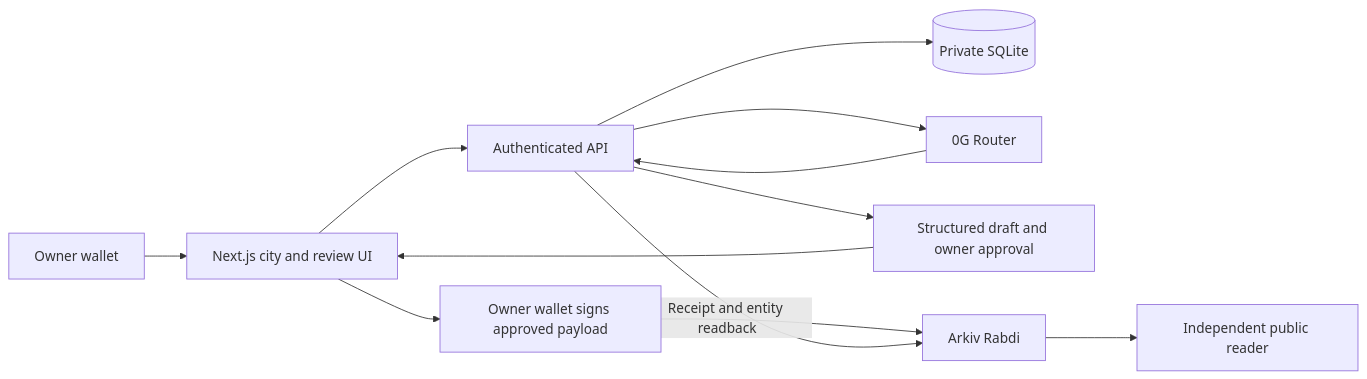
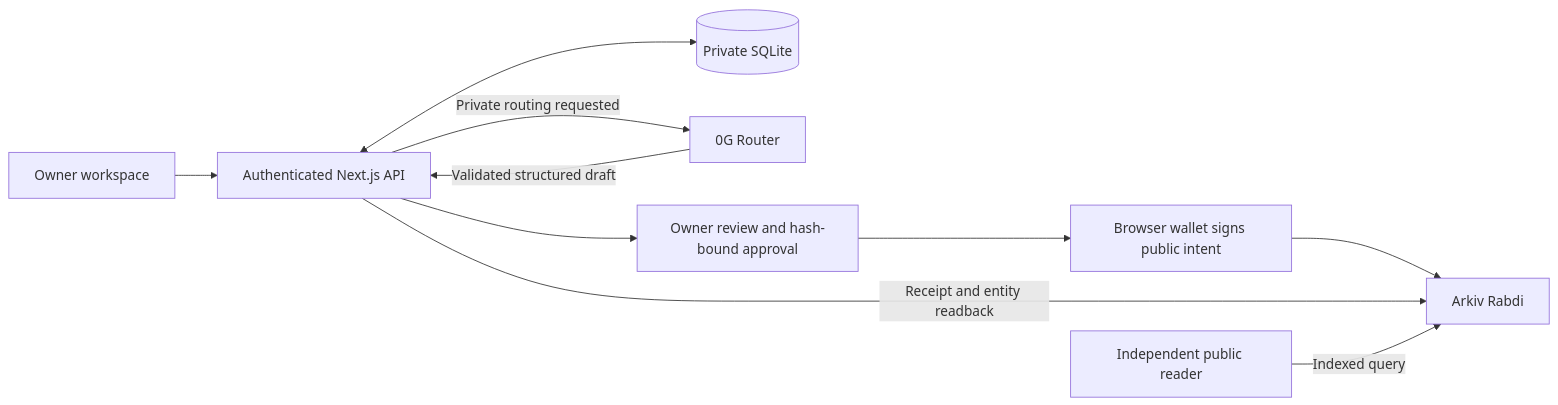
Before and after one commit to 0xsan7/Eth-global-26-: the diagram in README.md, drawn with Mermaid. The commit also changed other lines of this file and 1 other file, not shown here.

````diff
--- a/README.md
+++ b/README.md
@@ -33,14 +99,12 @@
 ```mermaid
 flowchart LR
-  W[Owner wallet] --> UI[Next.js city and review UI]
-  UI --> API[Authenticated API]
-  API --> DB[(Private SQLite)]
-  API --> G[0G Router]
-  G --> API
-  API --> R[Structured draft and owner approval]
-  R --> UI
-  UI --> S[Owner wallet signs approved payload]
-  S --> A[Arkiv Rabdi]
+  UI[Owner workspace] --> API[Authenticated Next.js API]
+  API <--> DB[(Private SQLite)]
+  API -->|Private routing requested| G[0G Router]
+  G -->|Validated structured draft| API
+  API --> R[Owner review and hash-bound approval]
+  R --> W[Browser wallet signs public intent]
+  W --> A[Arkiv Rabdi]
   API -->|Receipt and entity readback| A
-  A --> P[Independent public reader]
+  P[Independent public reader] -->|Indexed query| A
 ```
````
